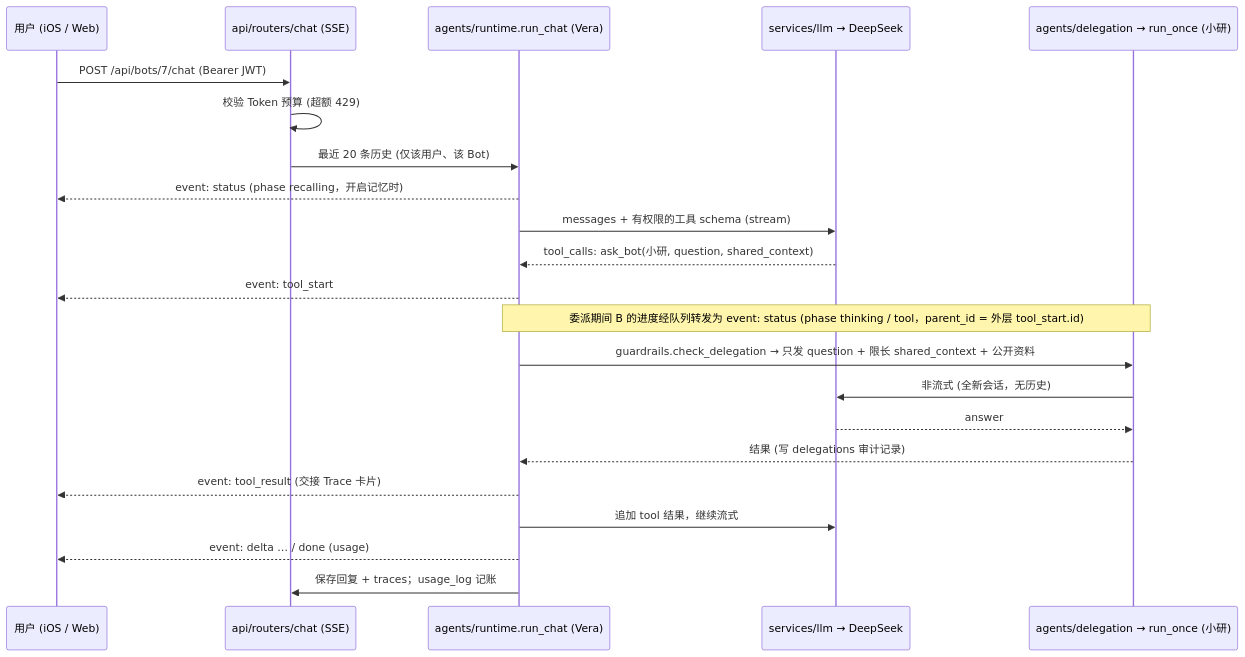
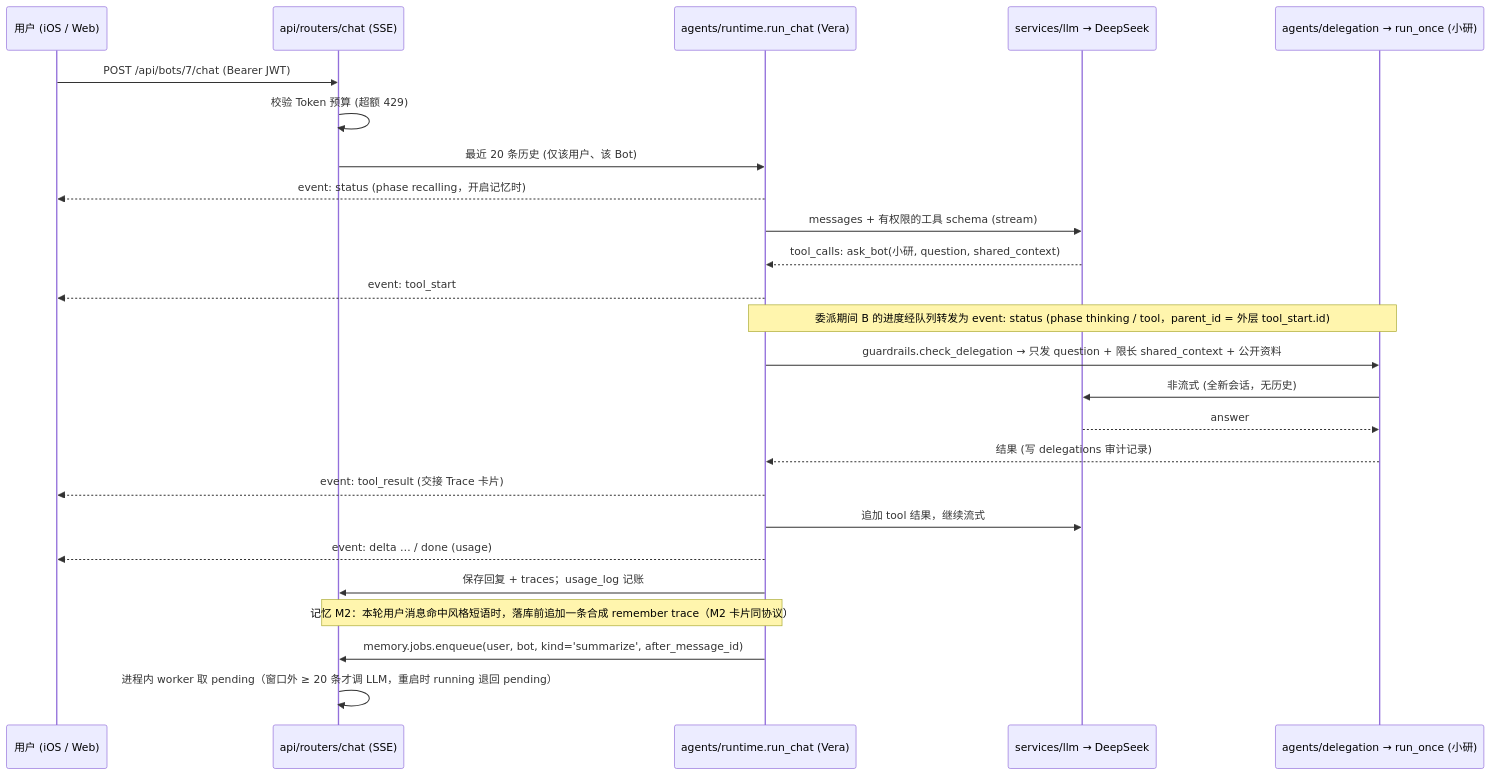
One commit to luisporschewind-ai/VeraBot changed the first of 2 diagrams in docs/design/ARCHITECTURE.md. Above: the diagram before and after it, drawn with Mermaid. The commit also changed other lines of this file and 45 other files, not shown here.

First line of the commit message:
feat(memory): 记忆 M2 滚动摘要 + 风格校准（schema v14）

````diff
--- a/docs/design/ARCHITECTURE.md
+++ b/docs/design/ARCHITECTURE.md
@@ -55,25 +55,28 @@
 ```mermaid
 sequenceDiagram
     participant U as 用户 (iOS / Web)
     participant S as api/routers/chat (SSE)
     participant A as agents/runtime.run_chat (Vera)
     participant L as services/llm → DeepSeek
     participant B as agents/delegation → run_once (小研)
 
     U->>S: POST /api/bots/7/chat (Bearer JWT)
     S->>S: 校验 Token 预算 (超额 429)
     S->>A: 最近 20 条历史 (仅该用户、该 Bot)
     A-->>U: event: status (phase recalling，开启记忆时)
     A->>L: messages + 有权限的工具 schema (stream)
     L-->>A: tool_calls: ask_bot(小研, question, shared_context)
     A-->>U: event: tool_start
     Note over A,B: 委派期间 B 的进度经队列转发为 event: status (phase thinking / tool，parent_id = 外层 tool_start.id)
     A->>B: guardrails.check_delegation → 只发 question + 限长 shared_context + 公开资料
     B->>L: 非流式 (全新会话，无历史)
     L-->>B: answer
     B-->>A: 结果 (写 delegations 审计记录)
     A-->>U: event: tool_result (交接 Trace 卡片)
     A->>L: 追加 tool 结果，继续流式
     A-->>U: event: delta … / done (usage)
     A->>S: 保存回复 + traces；usage_log 记账
+    Note over A,S: 记忆 M2：本轮用户消息命中风格短语时，落库前追加一条合成 remember trace（M2 卡片同协议）
+    A->>S: memory.jobs.enqueue(user, bot, kind='summarize', after_message_id)
+    S->>S: 进程内 worker 取 pending（窗口外 ≥ 20 条才调 LLM，重启时 running 退回 pending）
 ```
````
